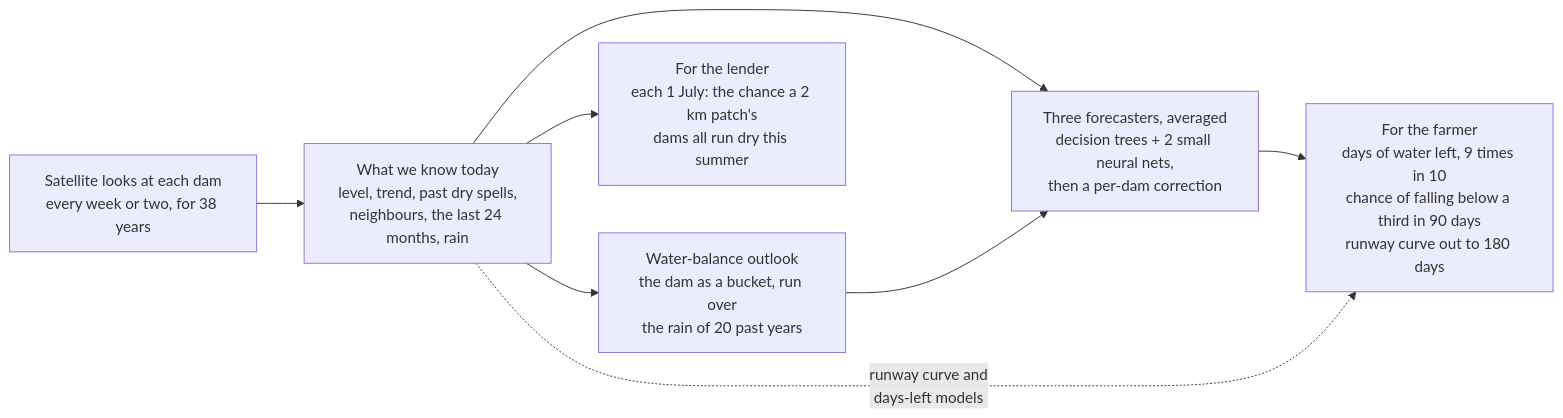
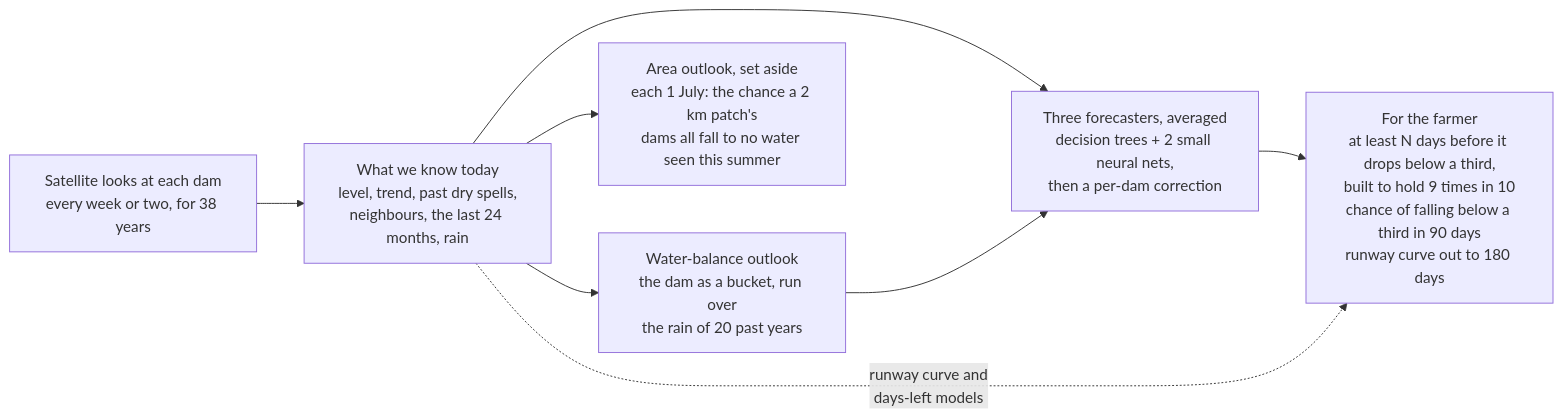
The diagram in docs/HOW_IT_WORKS.md (Shaugato/damdays), drawn with Mermaid before and after one commit. The commit also changed other lines of this file and 44 other files, not shown here.

First line of the commit message:
Final docs before the opening: plain-language README, disclosure and team, build log, "dams seen" in the text

````diff
--- a/docs/HOW_IT_WORKS.md
+++ b/docs/HOW_IT_WORKS.md
@@ -19,10 +25,10 @@
 ```mermaid
 flowchart LR
     A["Satellite looks at each dam<br/>every week or two, for 38 years"] --> B["What we know today<br/>level, trend, past dry spells,<br/>neighbours, the last 24 months, rain"]
     B --> W["Water-balance outlook<br/>the dam as a bucket, run over<br/>the rain of 20 past years"]
     B --> C["Three forecasters, averaged<br/>decision trees + 2 small neural nets,<br/>then a per-dam correction"]
     W --> C
-    C --> F["For the farmer<br/>days of water left, 9 times in 10<br/>chance of falling below a third in 90 days<br/>runway curve out to 180 days"]
+    C --> F["For the farmer<br/>at least N days before it drops below a third,<br/>built to hold 9 times in 10<br/>chance of falling below a third in 90 days<br/>runway curve out to 180 days"]
     B -.->|"runway curve and<br/>days-left models"| F
-    B --> L["For the lender<br/>each 1 July: the chance a 2 km patch's<br/>dams all run dry this summer"]
+    B --> L["Area outlook, set aside<br/>each 1 July: the chance a 2 km patch's<br/>dams all fall to no water seen this summer"]
 ```
````
